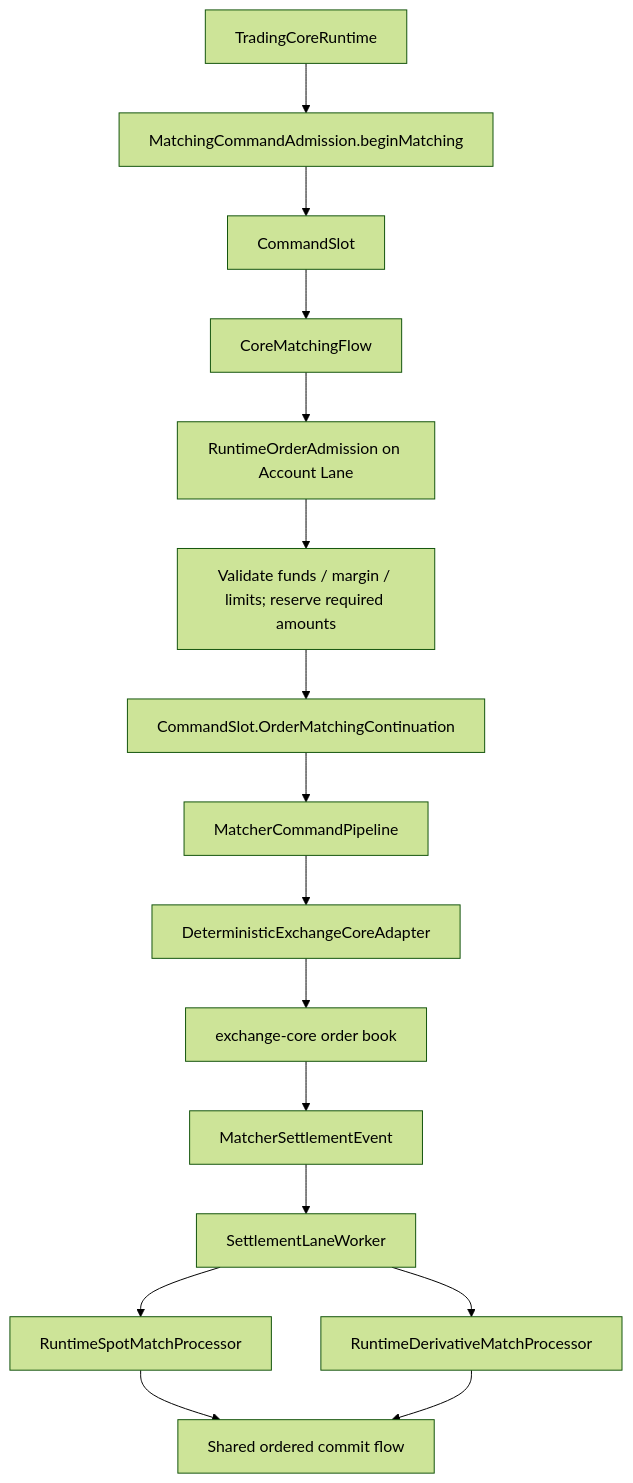
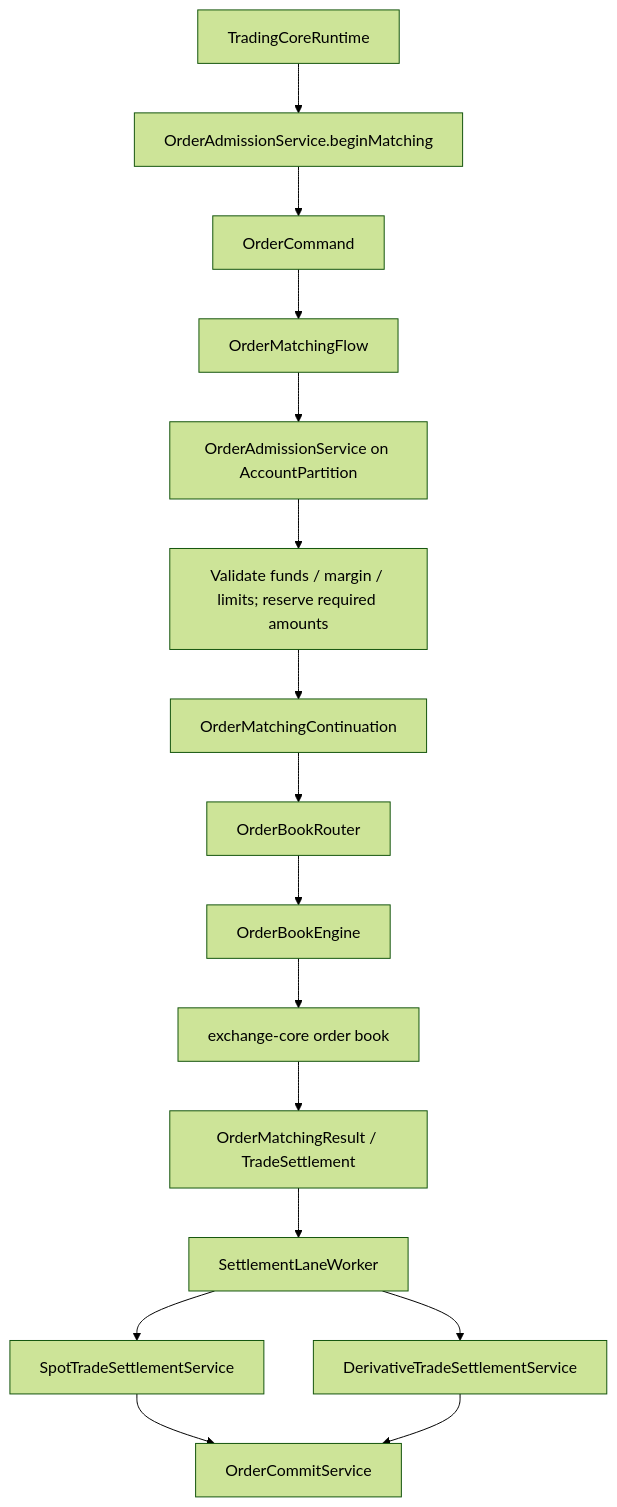
The fourth of 15 diagrams in README.md (lilaizhencn/surprising-ex), drawn with Mermaid (forest theme) before and after one commit. The commit also changed other lines of this file and 14 other files, not shown here.

First line of the commit message:
docs(aeron): align architecture docs with the current order path

````diff
--- a/README.md
+++ b/README.md
@@ -139,18 +138,18 @@
 ```mermaid
 flowchart TB
-    Runtime[TradingCoreRuntime] --> Admission[MatchingCommandAdmission.beginMatching]
-    Admission --> Slot[CommandSlot]
-    Slot --> Flow[CoreMatchingFlow]
-    Flow --> Lane[RuntimeOrderAdmission on Account Lane]
+    Runtime[TradingCoreRuntime] --> Admission[OrderAdmissionService.beginMatching]
+    Admission --> Slot[OrderCommand]
+    Slot --> Flow[OrderMatchingFlow]
+    Flow --> Lane[OrderAdmissionService on AccountPartition]
     Lane --> Check[Validate funds / margin / limits; reserve required amounts]
-    Check --> Continuation[CommandSlot.OrderMatchingContinuation]
-    Continuation --> Pipeline[MatcherCommandPipeline]
-    Pipeline --> Adapter[DeterministicExchangeCoreAdapter]
+    Check --> Continuation[OrderMatchingContinuation]
+    Continuation --> Pipeline[OrderBookRouter]
+    Pipeline --> Adapter[OrderBookEngine]
     Adapter --> Native[exchange-core order book]
-    Native --> Event[MatcherSettlementEvent]
+    Native --> Event[OrderMatchingResult / TradeSettlement]
     Event --> Worker[SettlementLaneWorker]
-    Worker --> Spot[RuntimeSpotMatchProcessor]
-    Worker --> Derivative[RuntimeDerivativeMatchProcessor]
-    Spot --> Commit[Shared ordered commit flow]
+    Worker --> Spot[SpotTradeSettlementService]
+    Worker --> Derivative[DerivativeTradeSettlementService]
+    Spot --> Commit[OrderCommitService]
     Derivative --> Commit
 ```
````
